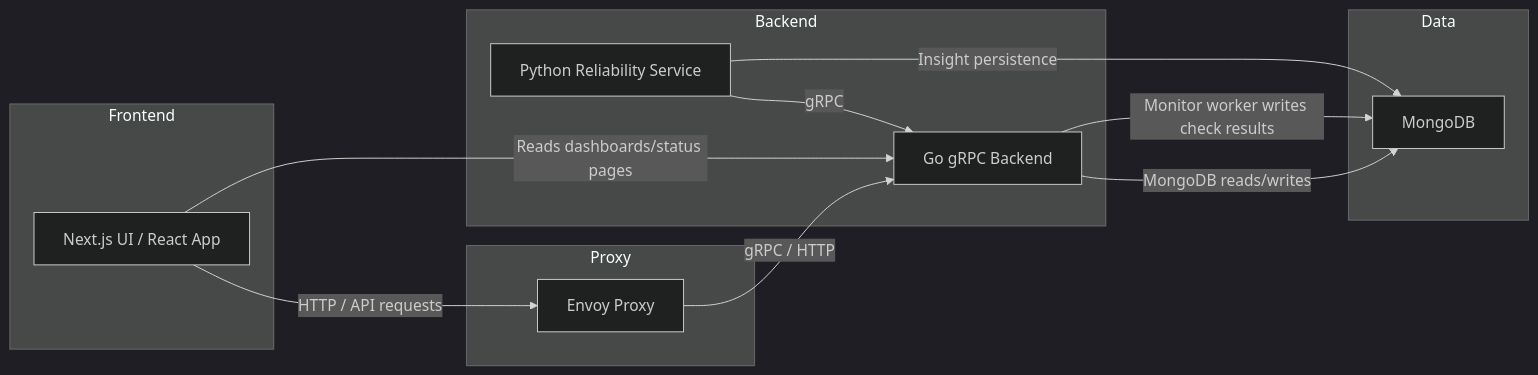
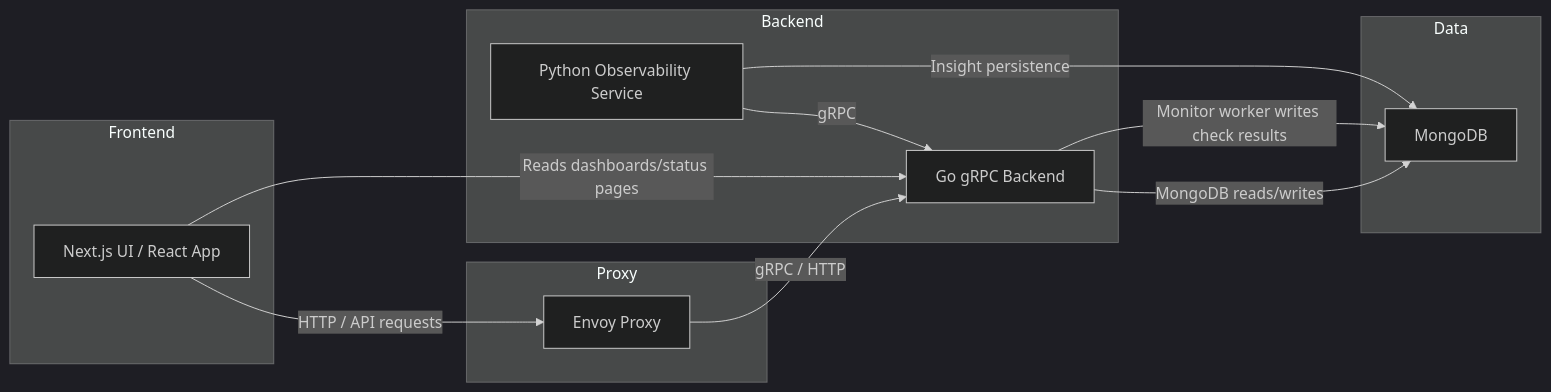
One commit to cuesoftinc/upstat changed the first of 2 diagrams in docs/architecture.md. Above: the diagram before and after it, drawn with Mermaid (dark theme). The commit also changed other lines of this file and 139 other files, not shown here.

````diff
--- a/docs/architecture.md
+++ b/docs/architecture.md
@@ -6,31 +6,31 @@
 ```mermaid
 flowchart LR
     subgraph Frontend
         UI[Next.js UI / React App]
     end
 
     subgraph Proxy
         Envoy[Envoy Proxy]
     end
 
     subgraph Backend
         GoBackend[Go gRPC Backend]
-        PythonService[Python Reliability Service]
+        PythonService[Python Observability Service]
     end
 
     subgraph Data
         Mongo[MongoDB]
     end
 
     UI -->|HTTP / API requests| Envoy
     Envoy -->|gRPC / HTTP| GoBackend
     PythonService -->|gRPC| GoBackend
     GoBackend -->|MongoDB reads/writes| Mongo
     PythonService -->|Insight persistence| Mongo
     GoBackend -->|Monitor worker writes check results| Mongo
     UI -->|Reads dashboards/status pages| GoBackend
 
     click GoBackend "api/common/main.go" "Go gRPC backend entrypoint"
-    click PythonService "reliability-service/main.py" "Python FastAPI analytics service entrypoint"
+    click PythonService "api/observability/main.py" "Python FastAPI analytics service entrypoint"
     click Mongo "api/common/.env" "Database configuration"
 ```
````
